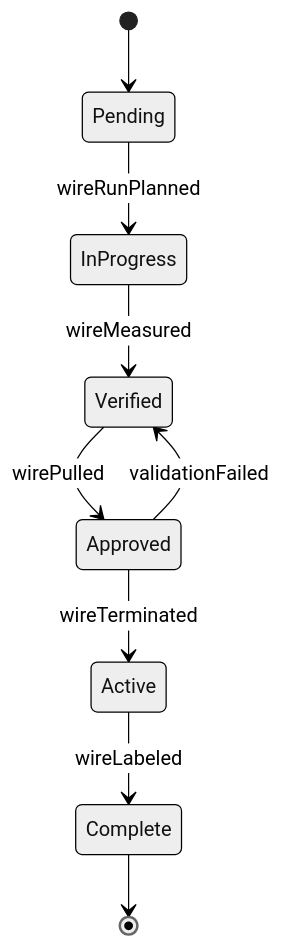
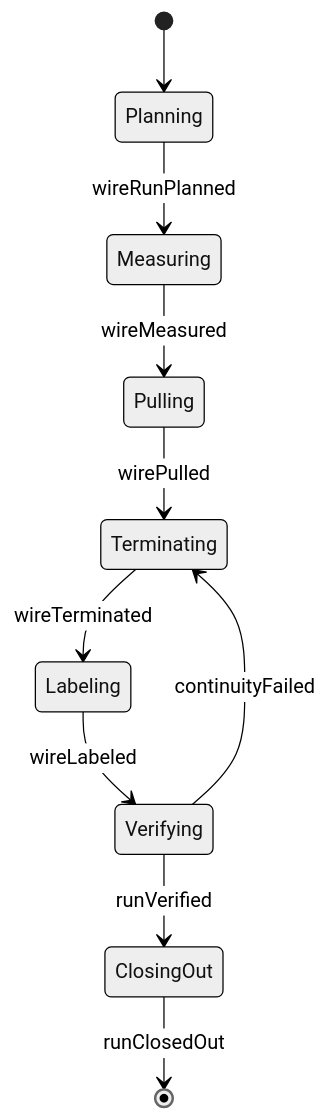
One commit to dot-org-ai/tasks.org.ai changed the second of 4 diagrams in HandlingAndMovingObjects/ConnectComponentsOrSupplyLinesToEquipmentOrTools/RunWiringConnectEquipment.mdx. Above: the diagram before and after it, drawn with Mermaid (neutral theme). The commit also changed other lines of this file and 515 other files, not shown here.

````diff
--- a/HandlingAndMovingObjects/ConnectComponentsOrSupplyLinesToEquipmentOrTools/RunWiringConnectEquipment.mdx
+++ b/HandlingAndMovingObjects/ConnectComponentsOrSupplyLinesToEquipmentOrTools/RunWiringConnectEquipment.mdx
@@ -98,11 +99,12 @@
 ```mermaid
 stateDiagram-v2
-    [*] --> Pending
-    Pending --> InProgress : wireRunPlanned
-    InProgress --> Verified : wireMeasured
-    Verified --> Approved : wirePulled
-    Approved --> Active : wireTerminated
-    Active --> Complete : wireLabeled
-    Approved --> Verified : validationFailed
-    Complete --> [*]
+    [*] --> Planning
+    Planning --> Measuring : wireRunPlanned
+    Measuring --> Pulling : wireMeasured
+    Pulling --> Terminating : wirePulled
+    Terminating --> Labeling : wireTerminated
+    Labeling --> Verifying : wireLabeled
+    Verifying --> ClosingOut : runVerified
+    ClosingOut --> [*] : runClosedOut
+    Verifying --> Terminating : continuityFailed
 ```
````
